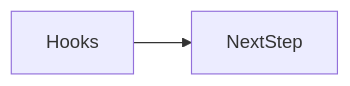
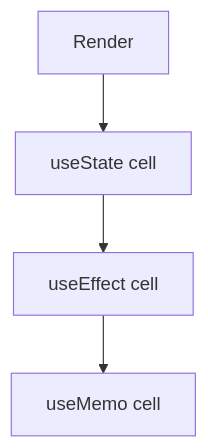
One commit to OmidJavaherii/Frontend-Engineering-Handbook changed the first of 2 diagrams in docs/en/10-react/hooks/index.md. Above: the diagram before and after it, drawn with Mermaid. The commit also changed other lines of this file and 461 other files, not shown here.

````diff
--- a/docs/en/10-react/hooks/index.md
+++ b/docs/en/10-react/hooks/index.md
@@ -95,4 +56,6 @@
 ```mermaid
-flowchart LR
-  concept[Hooks] --> nextStep[NextStep]
+flowchart TD
+  Render --> H1[useState cell]
+  H1 --> H2[useEffect cell]
+  H2 --> H3[useMemo cell]
 ```
````
